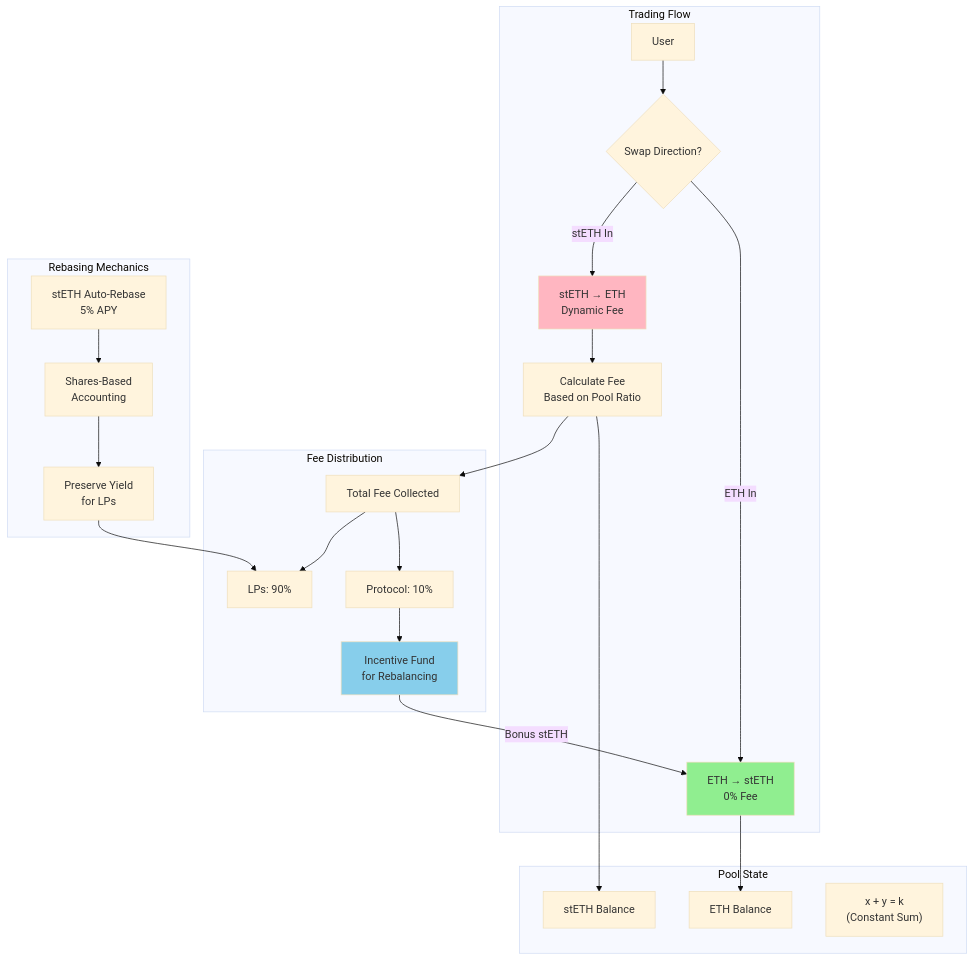
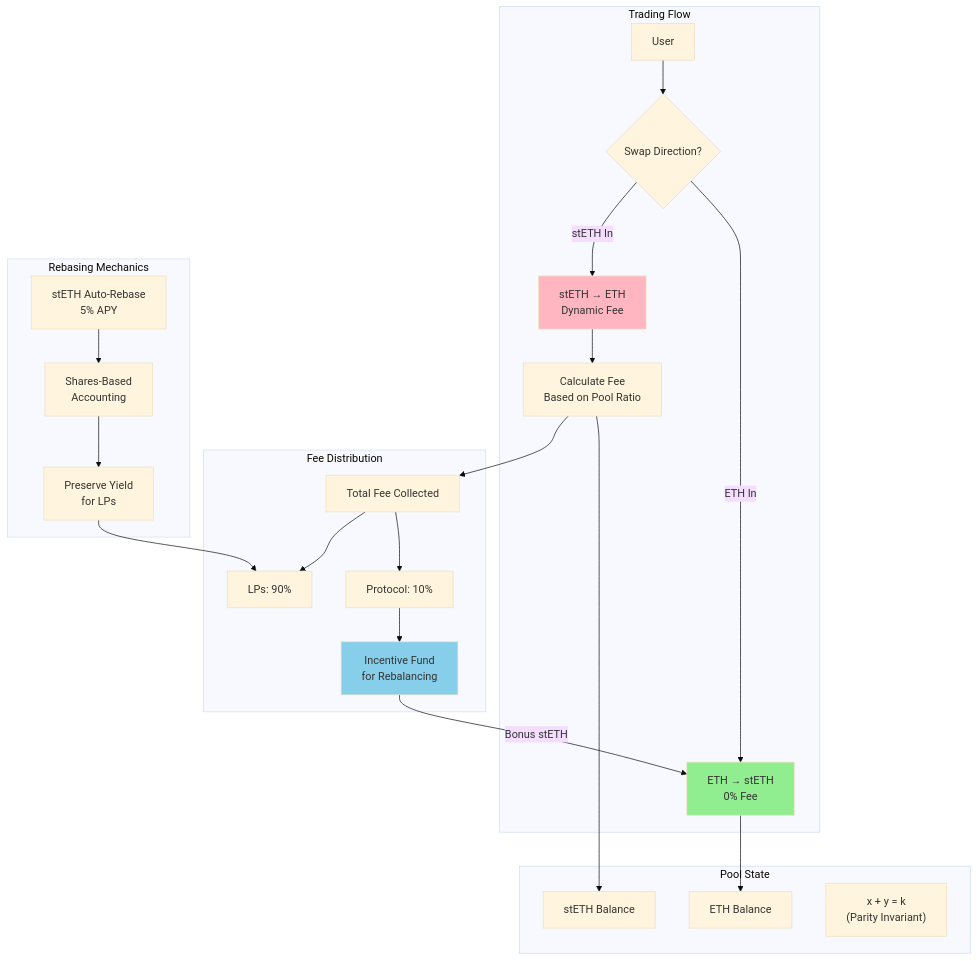
One commit to mcmoodoo/stETHer changed the first of 3 diagrams in README.md. Above: the diagram before and after it, drawn with Mermaid (base theme). The commit also changed other lines of this file and 5 other files, not shown here.

````diff
--- a/README.md
+++ b/README.md
@@ -5,49 +5,49 @@
 ```mermaid
 graph TB
     subgraph "Pool State"
         ETH[ETH Balance]
         STETH[stETH Balance]
-        INVARIANT["x + y = k<br/>(Constant Sum)"]
+        INVARIANT["x + y = k<br/>(Parity Invariant)"]
     end
 
     subgraph "Trading Flow"
         USER[User]
         SWAP{Swap Direction?}
         ETHSTETH[ETH → stETH<br/>0% Fee]
         STETHETH[stETH → ETH<br/>Dynamic Fee]
         FEE_CALC[Calculate Fee<br/>Based on Pool Ratio]
     end
 
     subgraph "Fee Distribution"
         TOTAL_FEE[Total Fee Collected]
         PROTOCOL[Protocol: 10%]
         LPS[LPs: 90%]
         INCENTIVE[Incentive Fund<br/>for Rebalancing]
     end
 
     subgraph "Rebasing Mechanics"
         STETH_REBASE[stETH Auto-Rebase<br/>5% APY]
         SHARES[Shares-Based<br/>Accounting]
         YIELD[Preserve Yield<br/>for LPs]
     end
 
     USER --> SWAP
     SWAP -->|ETH In| ETHSTETH
     SWAP -->|stETH In| STETHETH
     ETHSTETH --> ETH
     STETHETH --> FEE_CALC
     FEE_CALC --> STETH
     FEE_CALC --> TOTAL_FEE
     TOTAL_FEE --> PROTOCOL
     TOTAL_FEE --> LPS
     PROTOCOL --> INCENTIVE
     INCENTIVE -->|Bonus stETH| ETHSTETH
 
     STETH_REBASE --> SHARES
     SHARES --> YIELD
     YIELD --> LPS
 
     style ETHSTETH fill:#90EE90
     style STETHETH fill:#FFB6C1
     style INCENTIVE fill:#87CEEB
 ```
````
